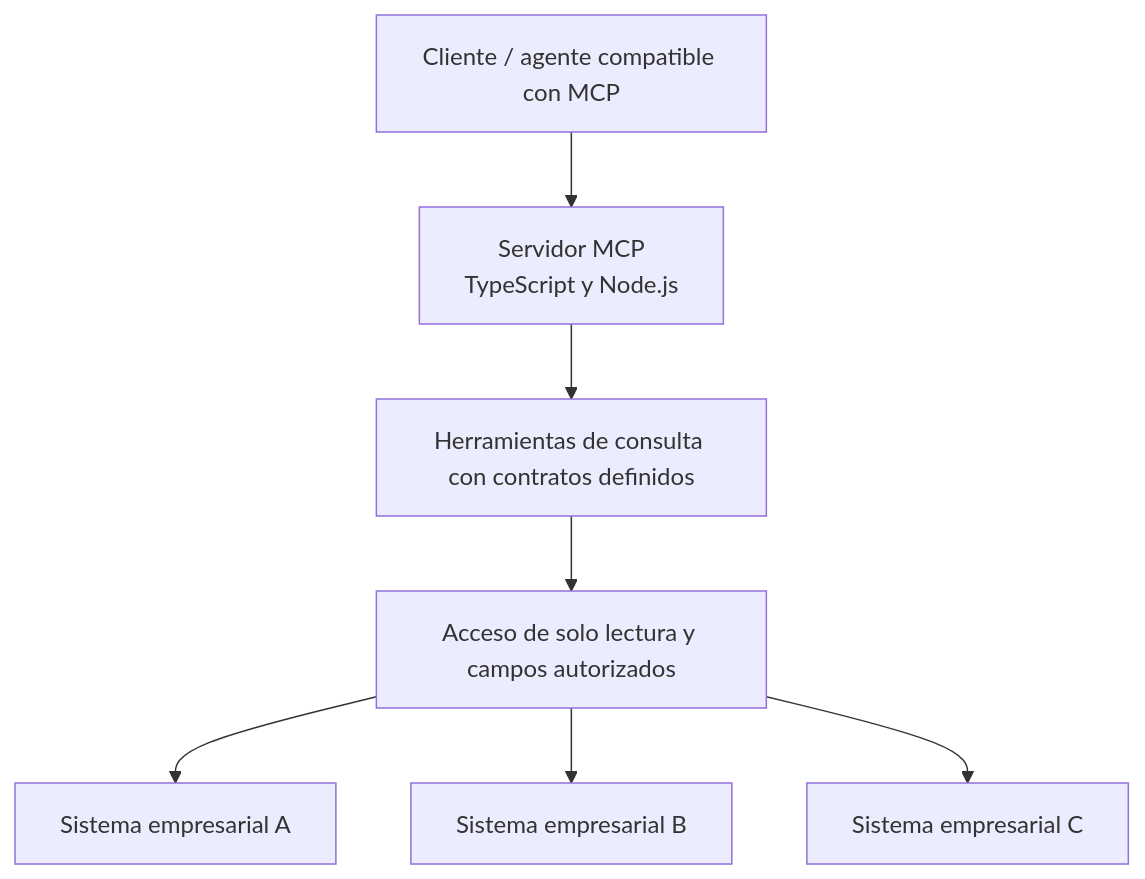
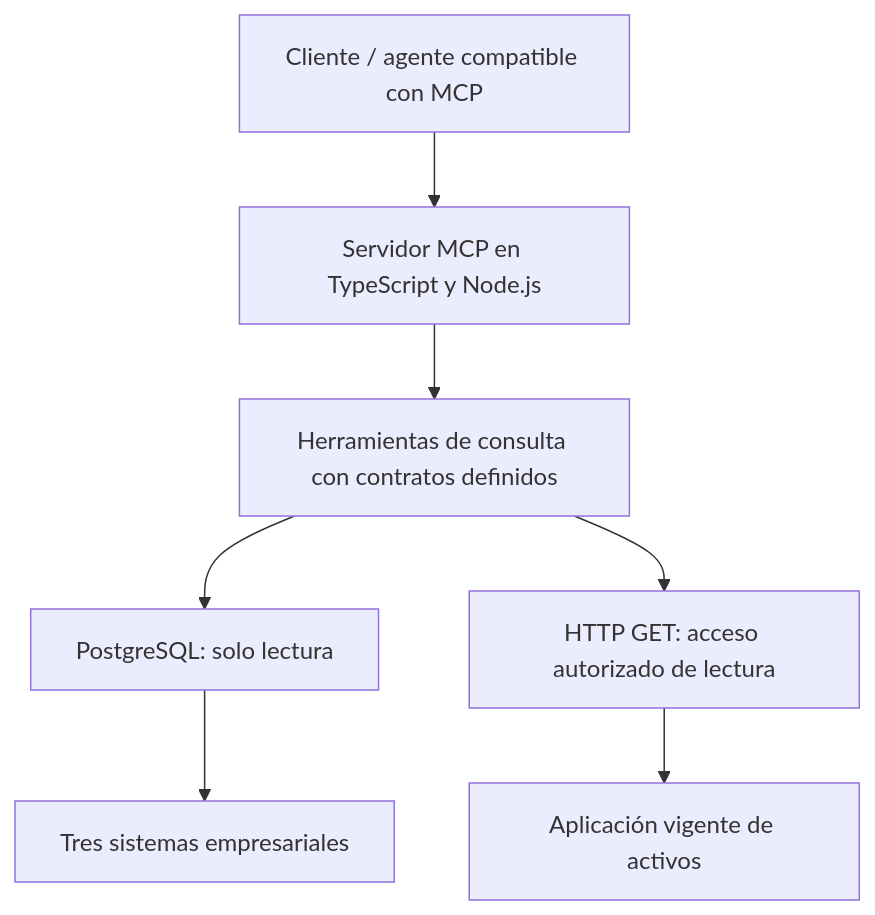
One commit to jotaprogramming/Portfolio changed the diagram in case-study-mcp.md. Above: the diagram before and after it, drawn with Mermaid. The commit also changed other lines of this file and 1 other file, not shown here.

First line of the commit message:
Documentar trazabilidad de activos y cuarta integración MCP

````diff
--- a/case-study-mcp.md
+++ b/case-study-mcp.md
@@ -43,9 +49,9 @@
 ```mermaid
 flowchart TD
-    A["Cliente / agente compatible con MCP"] --> B["Servidor MCP<br/>TypeScript y Node.js"]
+    A["Cliente / agente compatible con MCP"] --> B["Servidor MCP en TypeScript y Node.js"]
     B --> C["Herramientas de consulta con contratos definidos"]
-    C --> D["Acceso de solo lectura y campos autorizados"]
-    D --> E["Sistema empresarial A"]
-    D --> F["Sistema empresarial B"]
-    D --> G["Sistema empresarial C"]
+    C --> D["PostgreSQL: solo lectura"]
+    C --> E["HTTP GET: acceso autorizado de lectura"]
+    D --> F["Tres sistemas empresariales"]
+    E --> G["Aplicación vigente de activos"]
 ```
````
